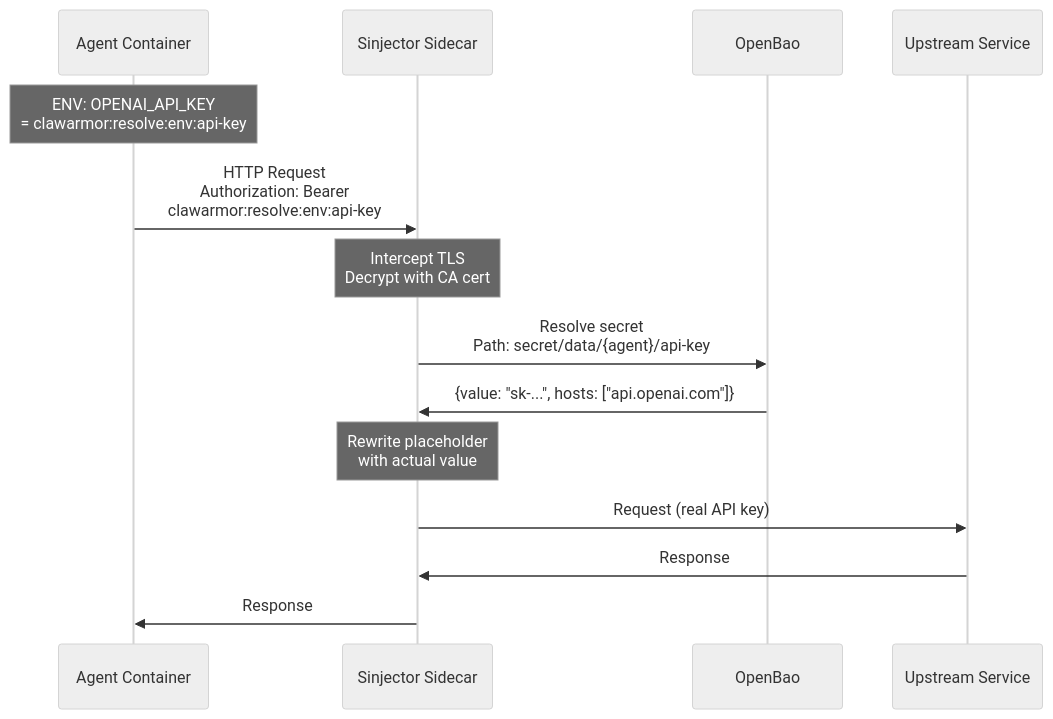
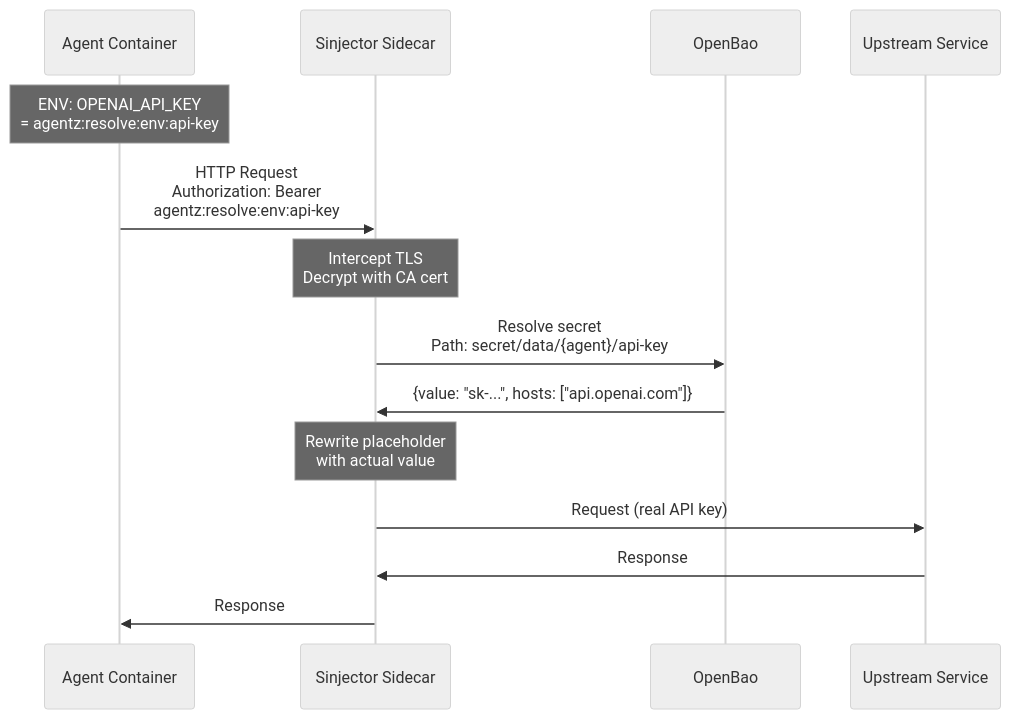
One commit to accuknox/agentZ changed the diagram in docs/secret-injection.md. Above: the diagram before and after it, drawn with Mermaid (neutral theme). The commit also changed other lines of this file and 316 other files, not shown here.

````diff
--- a/docs/secret-injection.md
+++ b/docs/secret-injection.md
@@ -25,22 +25,22 @@
 ```mermaid
 sequenceDiagram
     participant Agent as Agent Container
     participant Proxy as Sinjector Sidecar
     participant OpenBao as OpenBao
     participant Upstream as Upstream Service
 
-    Note over Agent: ENV: OPENAI_API_KEY<br/>= clawarmor:resolve:env:api-key
+    Note over Agent: ENV: OPENAI_API_KEY<br/>= agentz:resolve:env:api-key
 
-    Agent->>Proxy: HTTP Request<br/>Authorization: Bearer<br/>clawarmor:resolve:env:api-key
+    Agent->>Proxy: HTTP Request<br/>Authorization: Bearer<br/>agentz:resolve:env:api-key
 
     Note over Proxy: Intercept TLS<br/>Decrypt with CA cert
 
     Proxy->>OpenBao: Resolve secret<br/>Path: secret/data/{agent}/api-key
     OpenBao->>Proxy: {value: "sk-...", hosts: ["api.openai.com"]}
 
     Note over Proxy: Rewrite placeholder<br/>with actual value
 
     Proxy->>Upstream: Request (real API key)
     Upstream->>Proxy: Response
     Proxy->>Agent: Response
 ```
````
